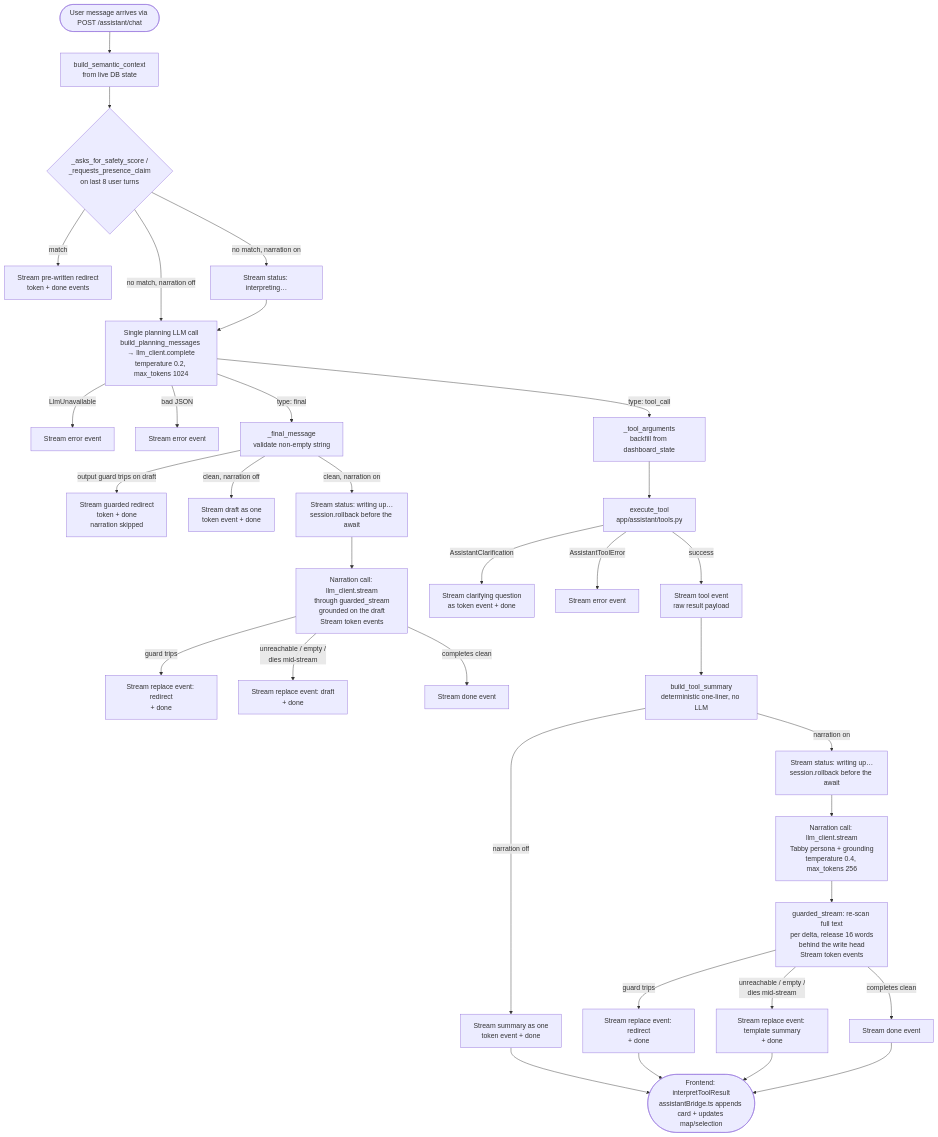
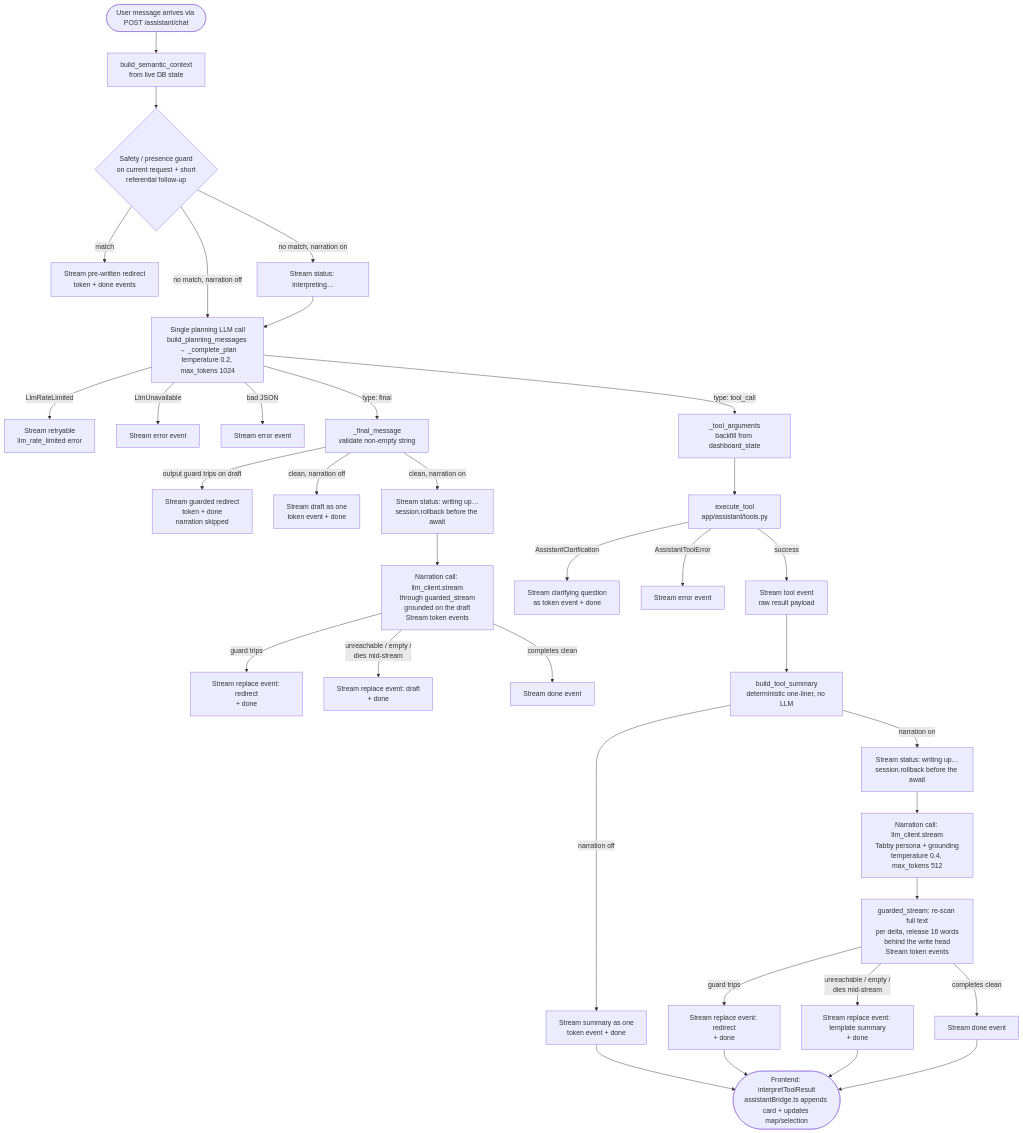
One commit to jcscocca/CompCat changed the diagram in docs/architecture/assistant.md. Above: the diagram before and after it, drawn with Mermaid. The commit also changed other lines of this file and 12 other files, not shown here.

````diff
--- a/docs/architecture/assistant.md
+++ b/docs/architecture/assistant.md
@@ -412,36 +426,37 @@
 ```mermaid
 flowchart TD
     A([User message arrives via POST /assistant/chat]) --> B[build_semantic_context\nfrom live DB state]
-    B --> C{_asks_for_safety_score /\n_requests_presence_claim\non last 8 user turns}
+    B --> C{Safety / presence guard\non current request + short\nreferential follow-up}
     C -- match --> D[Stream pre-written redirect\ntoken + done events]
     C -- no match, narration on --> C1[Stream status: interpreting…]
     C -- no match, narration off --> E
-    C1 --> E[Single planning LLM call\nbuild_planning_messages → llm_client.complete\ntemperature 0.2, max_tokens 1024]
+    C1 --> E[Single planning LLM call\nbuild_planning_messages → _complete_plan\ntemperature 0.2, max_tokens 1024]
+    E -- LlmRateLimited --> F1[Stream retryable\nllm_rate_limited error]
     E -- LlmUnavailable --> F[Stream error event]
     E -- bad JSON --> G[Stream error event]
     E -- type: final --> H[_final_message\nvalidate non-empty string]
     H -- output guard trips on draft --> H1[Stream guarded redirect\ntoken + done\nnarration skipped]
     H -- clean, narration off --> H2[Stream draft as one\ntoken event + done]
     H -- clean, narration on --> S1[Stream status: writing up…\nsession.rollback before the await]
     S1 --> S2[Narration call: llm_client.stream\nthrough guarded_stream\ngrounded on the draft\nStream token events]
     S2 -- guard trips --> S3[Stream replace event: redirect\n+ done]
     S2 -- unreachable / empty /\ndies mid-stream --> S4[Stream replace event: draft\n+ done]
     S2 -- completes clean --> S5[Stream done event]
     E -- type: tool_call --> J[_tool_arguments\nbackfill from dashboard_state]
     J --> K[execute_tool\napp/assistant/tools.py]
     K -- AssistantClarification --> L[Stream clarifying question\nas token event + done]
     K -- AssistantToolError --> M[Stream error event]
     K -- success --> N[Stream tool event\nraw result payload]
     N --> O[build_tool_summary\ndeterministic one-liner, no LLM]
     O -- narration off --> P[Stream summary as one\ntoken event + done]
     O -- narration on --> R1[Stream status: writing up…\nsession.rollback before the await]
-    R1 --> R2[Narration call: llm_client.stream\nTabby persona + grounding\ntemperature 0.4, max_tokens 256]
+    R1 --> R2[Narration call: llm_client.stream\nTabby persona + grounding\ntemperature 0.4, max_tokens 512]
     R2 --> R3[guarded_stream: re-scan full text\nper delta, release 16 words\nbehind the write head\nStream token events]
     R3 -- guard trips --> R4[Stream replace event: redirect\n+ done]
     R3 -- unreachable / empty /\ndies mid-stream --> R5[Stream replace event: template summary\n+ done]
     R3 -- completes clean --> R6[Stream done event]
     P --> Q([Frontend: interpretToolResult\nassistantBridge.ts appends card + updates map/selection])
     R4 --> Q
     R5 --> Q
     R6 --> Q
 ```
````
